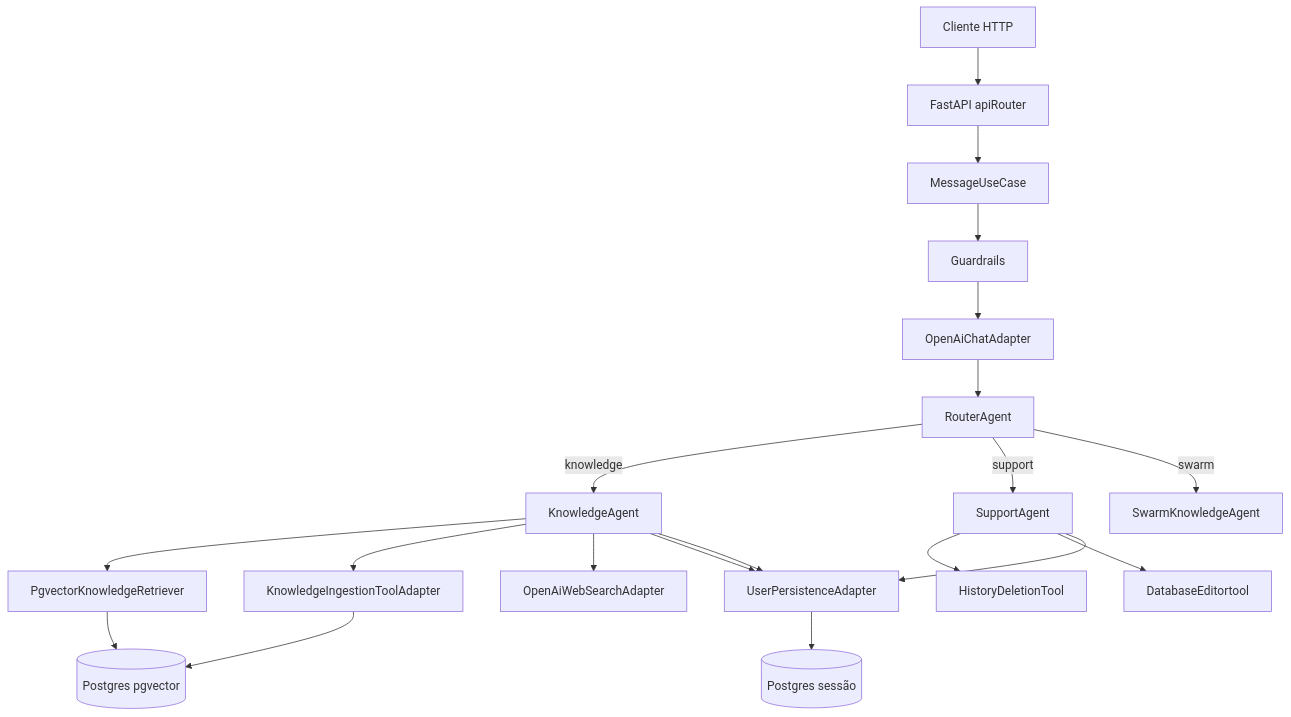
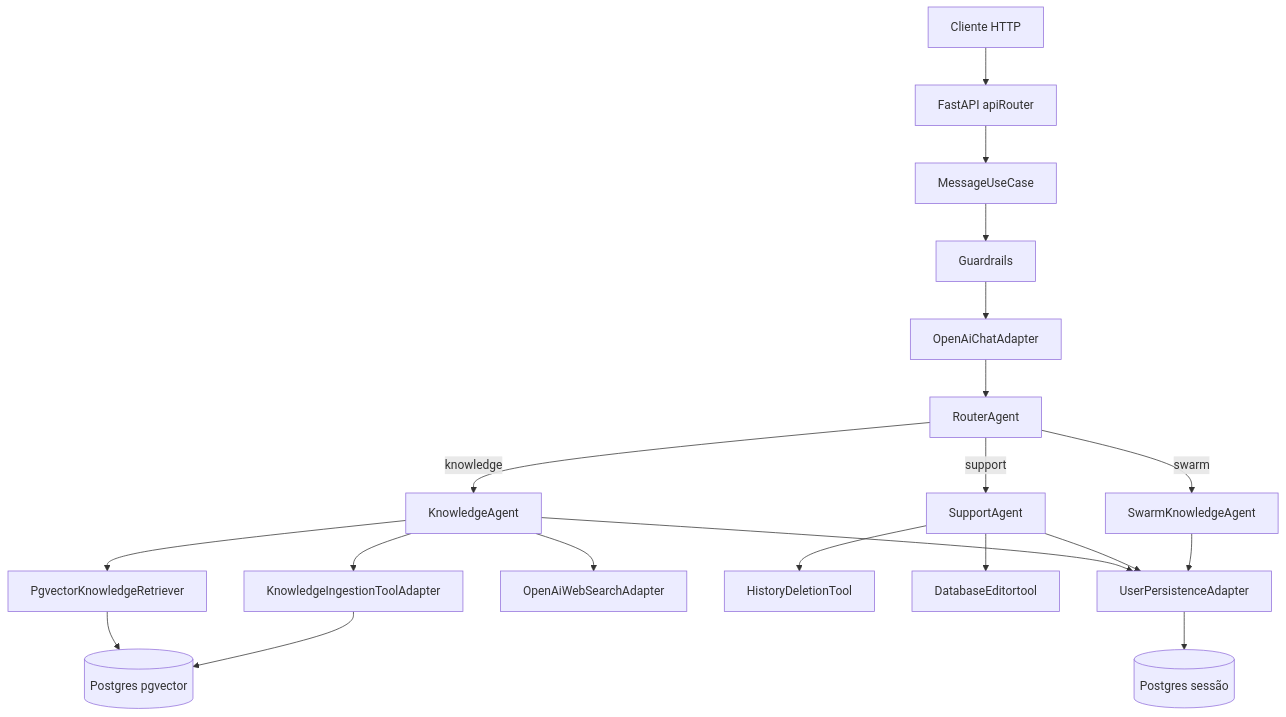
Before and after one commit to P-ASilva/Agent-Swarm-Backend: the diagram in README.md, drawn with Mermaid.

Commit message:
Fix permission mapping in README

````diff
--- a/README.md
+++ b/README.md
@@ -7,28 +7,28 @@
 ```mermaid
 flowchart TD
   Client[Cliente HTTP] --> API[FastAPI apiRouter]
   API --> UC[MessageUseCase]
 
   UC --> GRin["Guardrails"]
   GRin --> O[OpenAiChatAdapter]
   O --> R[RouterAgent]
   R -->|knowledge| K[KnowledgeAgent]
   R -->|support| S[SupportAgent]
   R -->|swarm| SW[SwarmKnowledgeAgent]
 
   K --> RET[PgvectorKnowledgeRetriever]
   K --> ING[KnowledgeIngestionToolAdapter]
   K --> WEB[OpenAiWebSearchAdapter]
 
   S --> HD["HistoryDeletionTool"]
   S --> DE["DatabaseEditortool"]
 
   RET --> RAG[(Postgres pgvector)]
   ING --> RAG
 
   K --> PERM[UserPersistenceAdapter]
   S --> PERM
-  K --> PERM
+  SW --> PERM
 
   PERM --> SESS[(Postgres sessão)]
 ```
````
